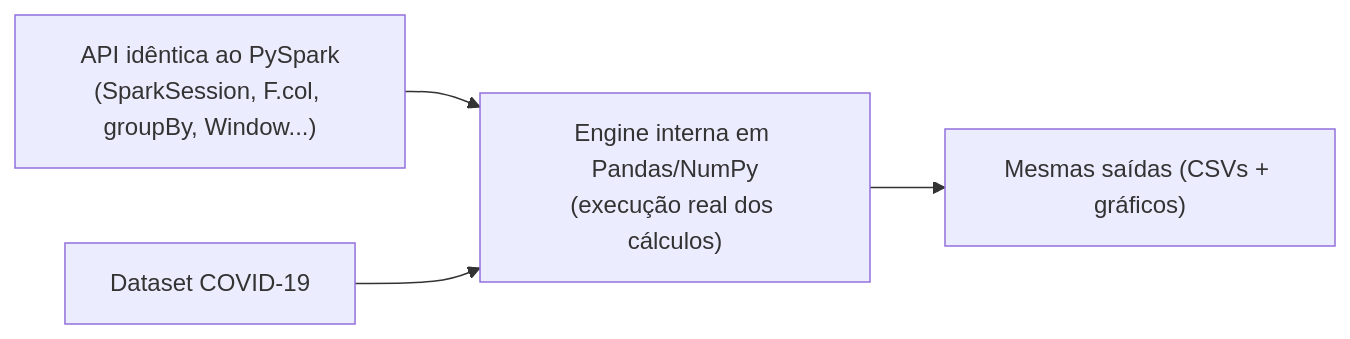
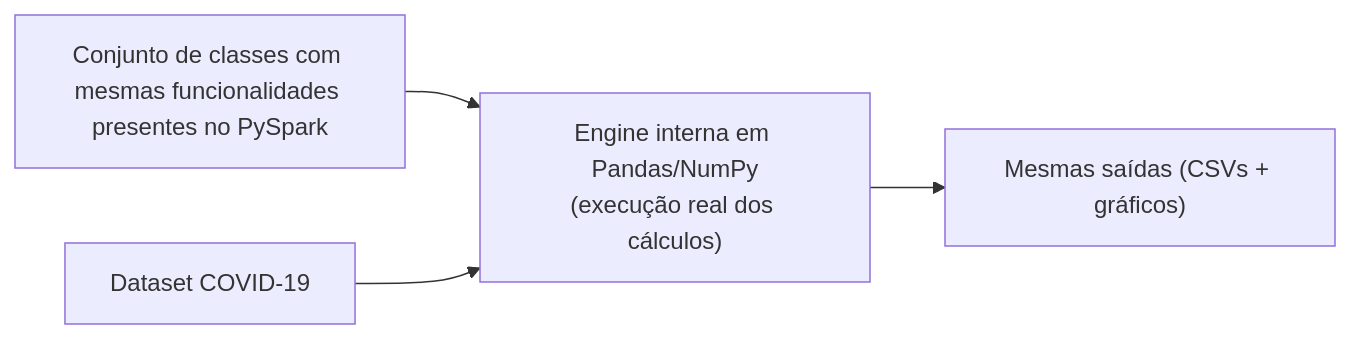
The first of 7 diagrams in DOCUMENTACAO_SIMULACAO.md (isabelacarone/eda-covid19), drawn with Mermaid before and after one commit. The commit also changed other lines of this file and 2 other files, not shown here.

````diff
--- a/DOCUMENTACAO_SIMULACAO.md
+++ b/DOCUMENTACAO_SIMULACAO.md
@@ -26,11 +35,11 @@
 ```mermaid
 flowchart LR
-    A["API idêntica ao PySpark\n(SparkSession, F.col, groupBy, Window...)"]
+    A["Conjunto de classes com mesmas funcionalidades presentes no PySpark"]
     B["Engine interna em Pandas/NumPy\n(execução real dos cálculos)"]
     C["Dataset COVID-19"]
     D["Mesmas saídas (CSVs + gráficos)"]
 
     A --> B
     C --> B
     B --> D
 ```
````
